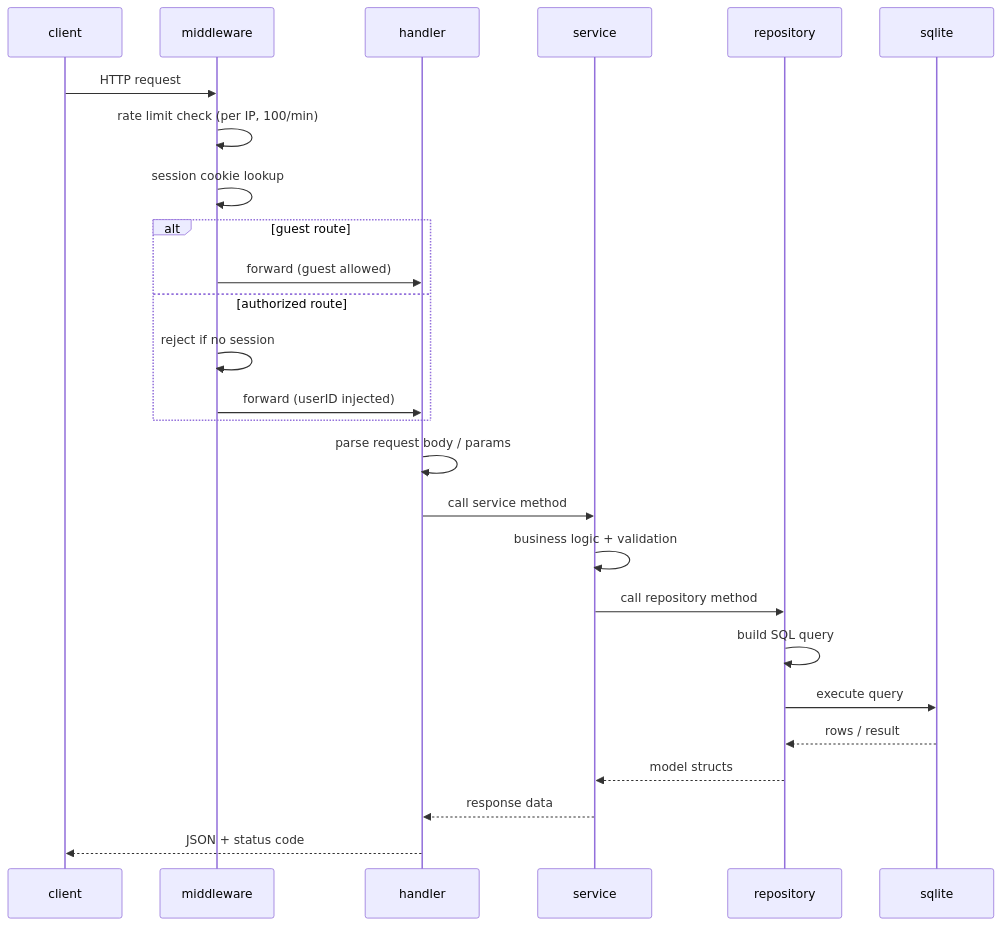
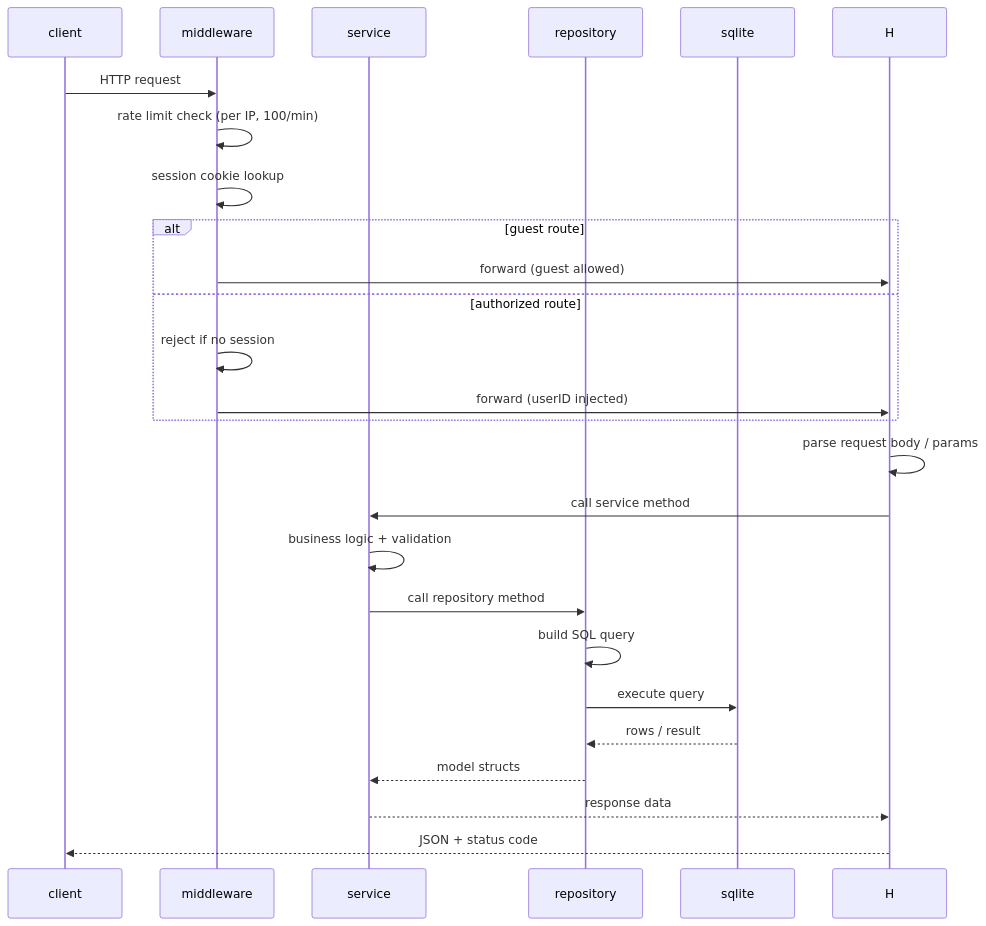
One commit to chentaymane/Social changed the second of 9 diagrams in backend/readme.md. Above: the diagram before and after it, drawn with Mermaid. The commit also changed other lines of this file and 9 other files, not shown here.

````diff
--- a/backend/readme.md
+++ b/backend/readme.md
@@ -149,29 +150,29 @@
 ```mermaid
 sequenceDiagram
     participant C as client
     participant MW as middleware
-    participant H as handler
+    participant S as file service
     participant S as service
     participant R as repository
     participant DB as sqlite
 
     C->>MW: HTTP request
     MW->>MW: rate limit check (per IP, 100/min)
     MW->>MW: session cookie lookup
     alt guest route
         MW->>H: forward (guest allowed)
     else authorized route
         MW->>MW: reject if no session
         MW->>H: forward (userID injected)
     end
     H->>H: parse request body / params
     H->>S: call service method
     S->>S: business logic + validation
     S->>R: call repository method
     R->>R: build SQL query
     R->>DB: execute query
     DB-->>R: rows / result
     R-->>S: model structs
     S-->>H: response data
     H-->>C: JSON + status code
 ```
````
